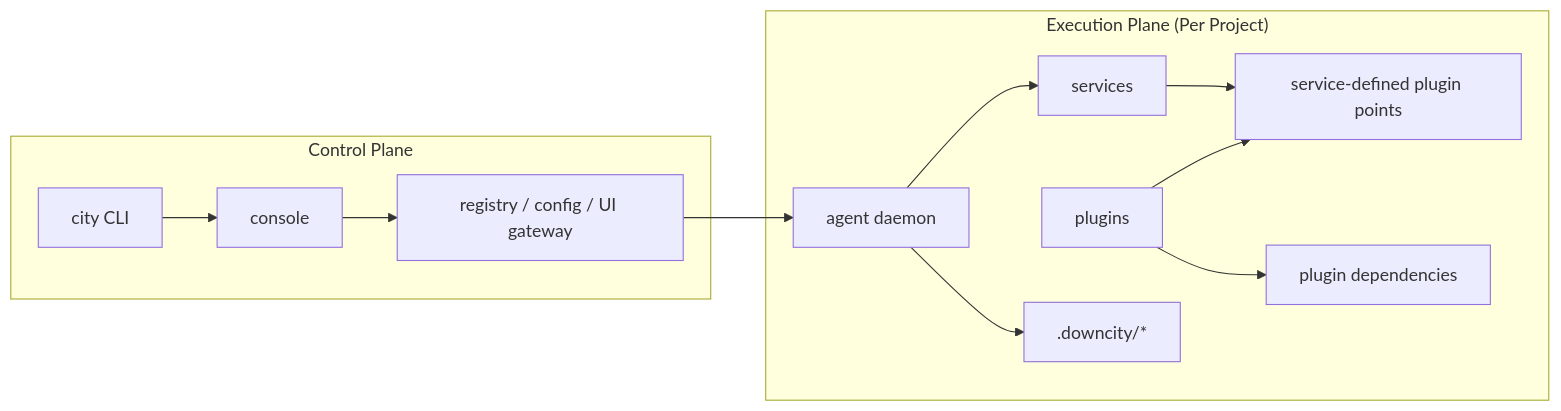
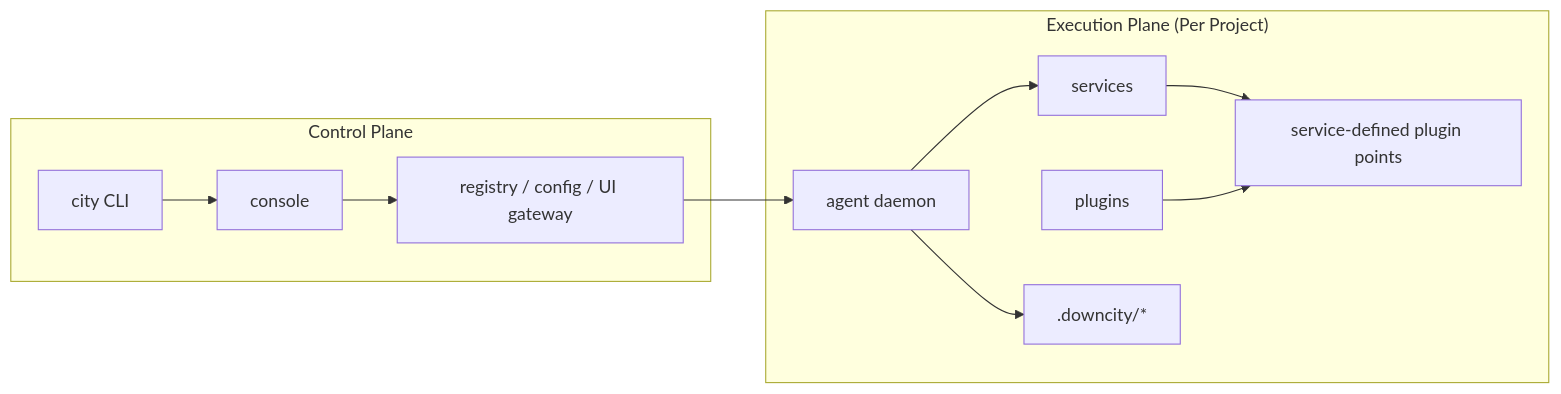
The first of 2 diagrams in homepage/content/docs/en/concepts/logic-map.mdx (wangenius/downcity), drawn with Mermaid before and after one commit. The commit also changed other lines of this file and 92 other files, not shown here.

````diff
--- a/homepage/content/docs/en/concepts/logic-map.mdx
+++ b/homepage/content/docs/en/concepts/logic-map.mdx
@@ -22,17 +22,16 @@
 ```mermaid
 flowchart LR
   subgraph CP["Control Plane"]
     CLI["city CLI"] --> CONSOLE["console"]
     CONSOLE --> REG["registry / config / UI gateway"]
   end
 
   subgraph DP["Execution Plane (Per Project)"]
     AGENT["agent daemon"] --> SERVICES["services"]
     SERVICES --> POINTS["service-defined plugin points"]
     PLUGINS["plugins"] --> POINTS
-    PLUGINS --> ASSETS["plugin dependencies"]
     AGENT --> SHIP[".downcity/*"]
   end
 
   REG --> AGENT
 ```
````
